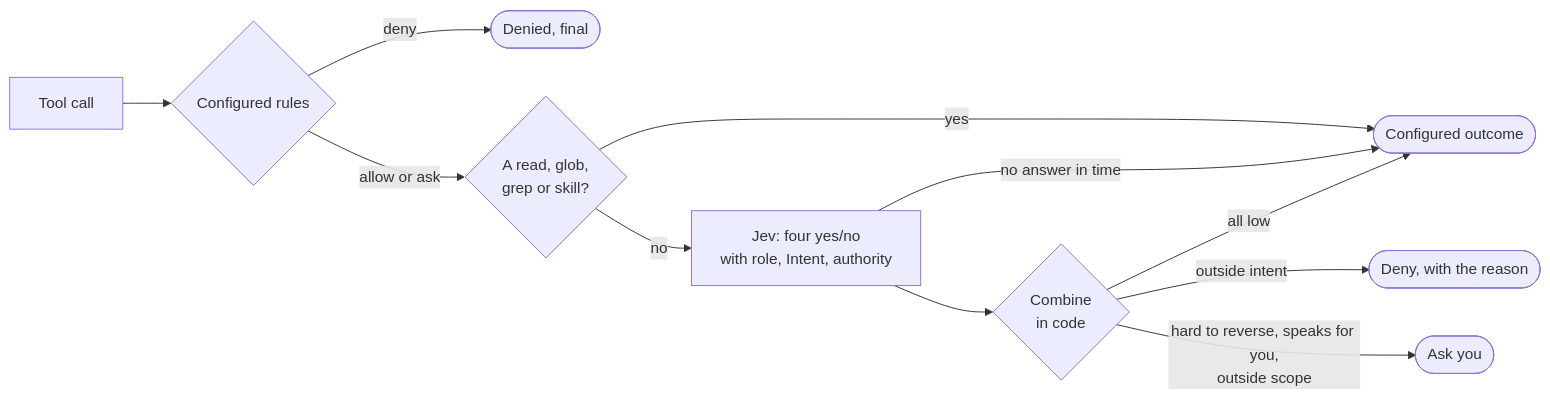
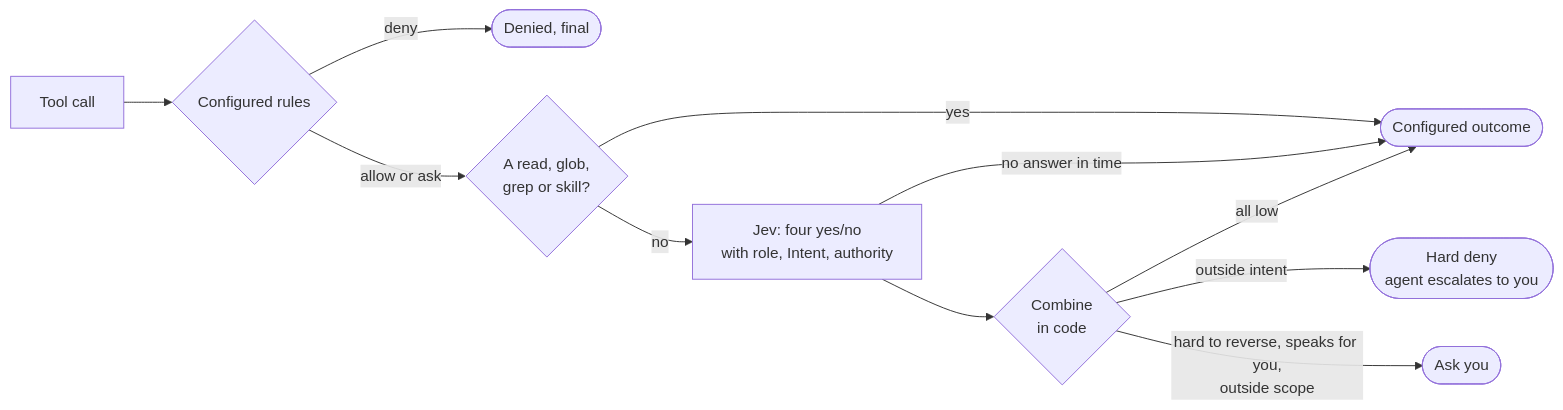
Diagram 11 of 16 in docs/switchboard.md (adamkaplan/fleet-kit), drawn with Mermaid before and after one commit. The commit also changed other lines of this file, not shown here.

Commit message:
docs: switchboard: your maxims; outside-the-Intent is a hard deny

````diff
--- a/docs/switchboard.md
+++ b/docs/switchboard.md
@@ -781,13 +789,13 @@
 ```mermaid
 flowchart LR
   call["Tool call"] --> rules{"Configured rules"}
   rules -- "deny" --> denied(["Denied, final"])
   rules -- "allow or ask" --> kind{"A read, glob,<br/>grep or skill?"}
   kind -- "yes" --> keep(["Configured outcome"])
   kind -- "no" --> jev["Jev: four yes/no<br/>with role, Intent, authority"]
   jev -- "no answer in time" --> keep
   jev --> combine{"Combine<br/>in code"}
   combine -- "all low" --> keep
-  combine -- "outside intent" --> deny(["Deny, with the reason"])
+  combine -- "outside intent" --> deny(["Hard deny<br/>agent escalates to you"])
   combine -- "hard to reverse, speaks for you,<br/>outside scope" --> ask(["Ask you"])
 ```
````
